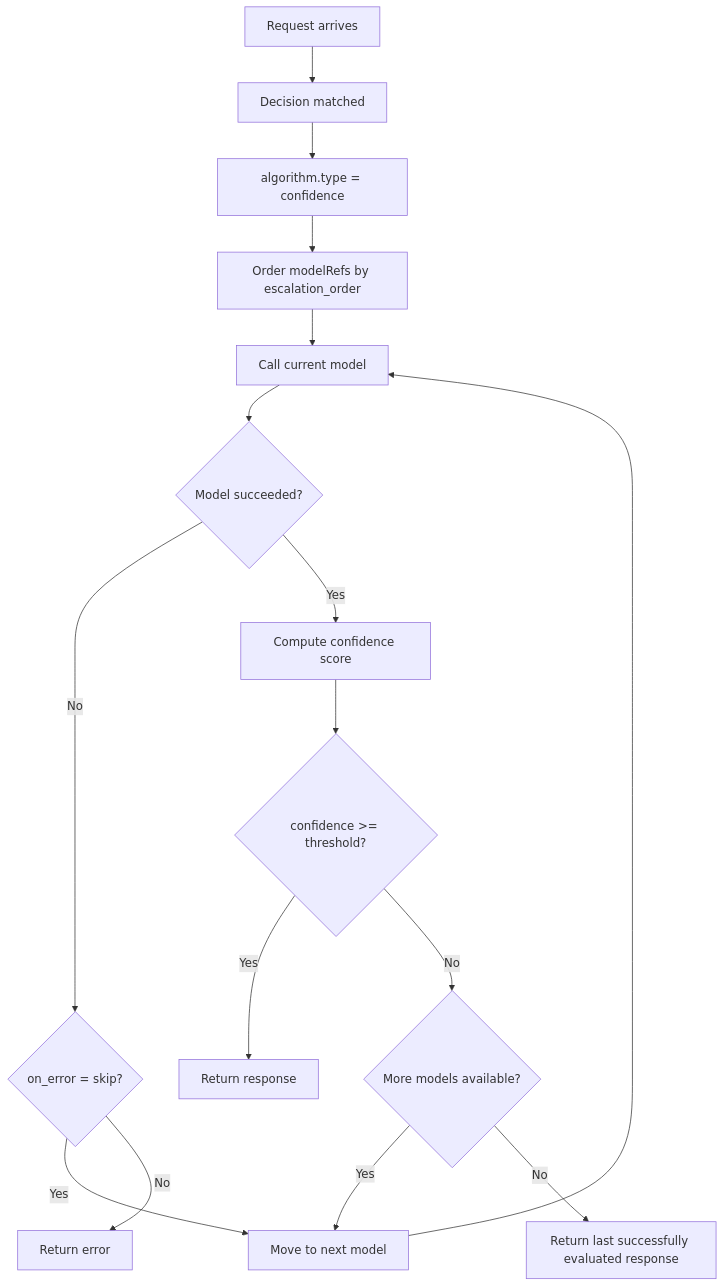
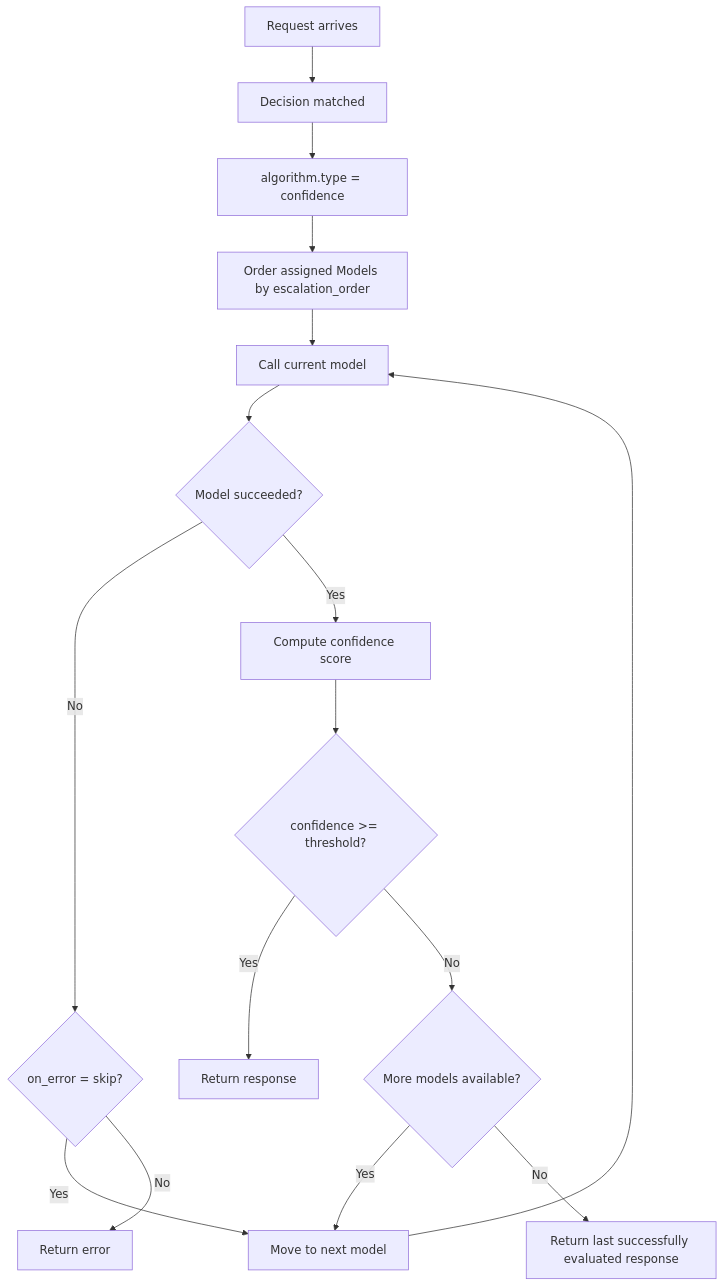
One commit to vllm-project/semantic-router changed the diagram in website/docs/tutorials/algorithm/looper/confidence.md. Above: the diagram before and after it, drawn with Mermaid. The commit also changed 3451 other files, not shown here.

````diff
--- a/website/docs/tutorials/algorithm/looper/confidence.md
+++ b/website/docs/tutorials/algorithm/looper/confidence.md
@@ -36,18 +36,18 @@
 ```mermaid
 flowchart TD
     A[Request arrives] --> B[Decision matched]
     B --> C[algorithm.type = confidence]
-    C --> D[Order modelRefs by escalation_order]
+    C --> D[Order assigned Models by escalation_order]
     D --> E[Call current model]
     E --> F{Model succeeded?}
     F -- No --> G{on_error = skip?}
     G -- Yes --> H[Move to next model]
     G -- No --> I[Return error]
     H --> E
     F -- Yes --> J[Compute confidence score]
     J --> K{confidence >= threshold?}
     K -- Yes --> L[Return response]
     K -- No --> M{More models available?}
     M -- Yes --> H
     M -- No --> N[Return last successfully evaluated response]
 ```
````
